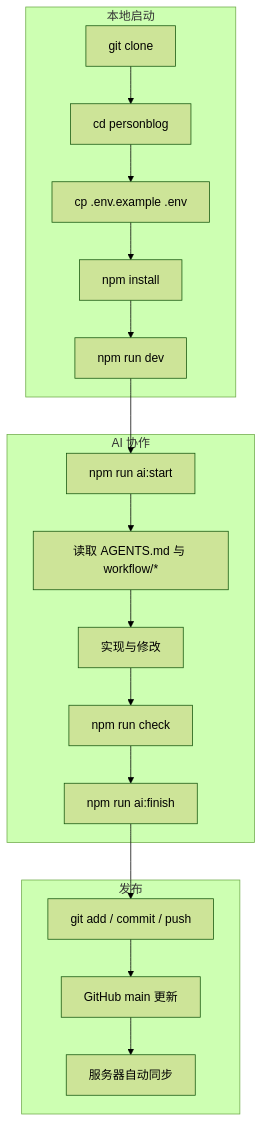
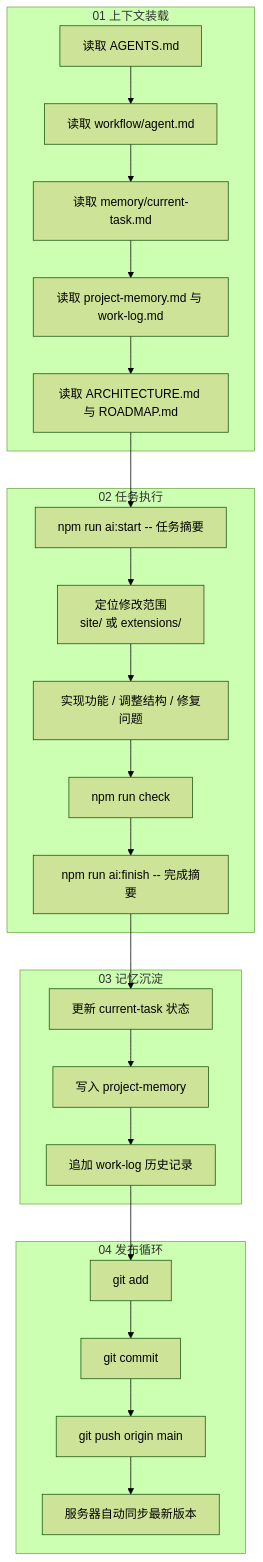
One commit to 1218594966/blog changed the second of 2 diagrams in README.zh-CN.md. Above: the diagram before and after it, drawn with Mermaid (forest theme). The commit also changed other lines of this file and 9 other files, not shown here.

````diff
--- a/README.zh-CN.md
+++ b/README.zh-CN.md
@@ -108,28 +135,36 @@
 ```mermaid
-flowchart TB
-    subgraph L["本地启动"]
-        L1["git clone"]
-        L2["cd personblog"]
-        L3["cp .env.example .env"]
-        L4["npm install"]
-        L5["npm run dev"]
+flowchart TD
+    subgraph A["01 上下文装载"]
+        A1["读取 AGENTS.md"]
+        A2["读取 workflow/agent.md"]
+        A3["读取 memory/current-task.md"]
+        A4["读取 project-memory.md 与 work-log.md"]
+        A5["读取 ARCHITECTURE.md 与 ROADMAP.md"]
     end
 
-    subgraph W["AI 协作"]
-        W1["npm run ai:start"]
-        W2["读取 AGENTS.md 与 workflow/*"]
-        W3["实现与修改"]
-        W4["npm run check"]
-        W5["npm run ai:finish"]
+    subgraph B["02 任务执行"]
+        B1["npm run ai:start -- 任务摘要"]
+        B2["定位修改范围<br/>site/ 或 extensions/"]
+        B3["实现功能 / 调整结构 / 修复问题"]
+        B4["npm run check"]
+        B5["npm run ai:finish -- 完成摘要"]
     end
 
-    subgraph P["发布"]
-        P1["git add / commit / push"]
-        P2["GitHub main 更新"]
-        P3["服务器自动同步"]
+    subgraph C["03 记忆沉淀"]
+        C1["更新 current-task 状态"]
+        C2["写入 project-memory"]
+        C3["追加 work-log 历史记录"]
     end
 
-    L1 --> L2 --> L3 --> L4 --> L5
-    L5 --> W1 --> W2 --> W3 --> W4 --> W5
-    W5 --> P1 --> P2 --> P3
+    subgraph D["04 发布循环"]
+        D1["git add"]
+        D2["git commit"]
+        D3["git push origin main"]
+        D4["服务器自动同步最新版本"]
+    end
+
+    A1 --> A2 --> A3 --> A4 --> A5 --> B1
+    B1 --> B2 --> B3 --> B4 --> B5
+    B5 --> C1 --> C2 --> C3 --> D1
+    D1 --> D2 --> D3 --> D4
 ```
````
